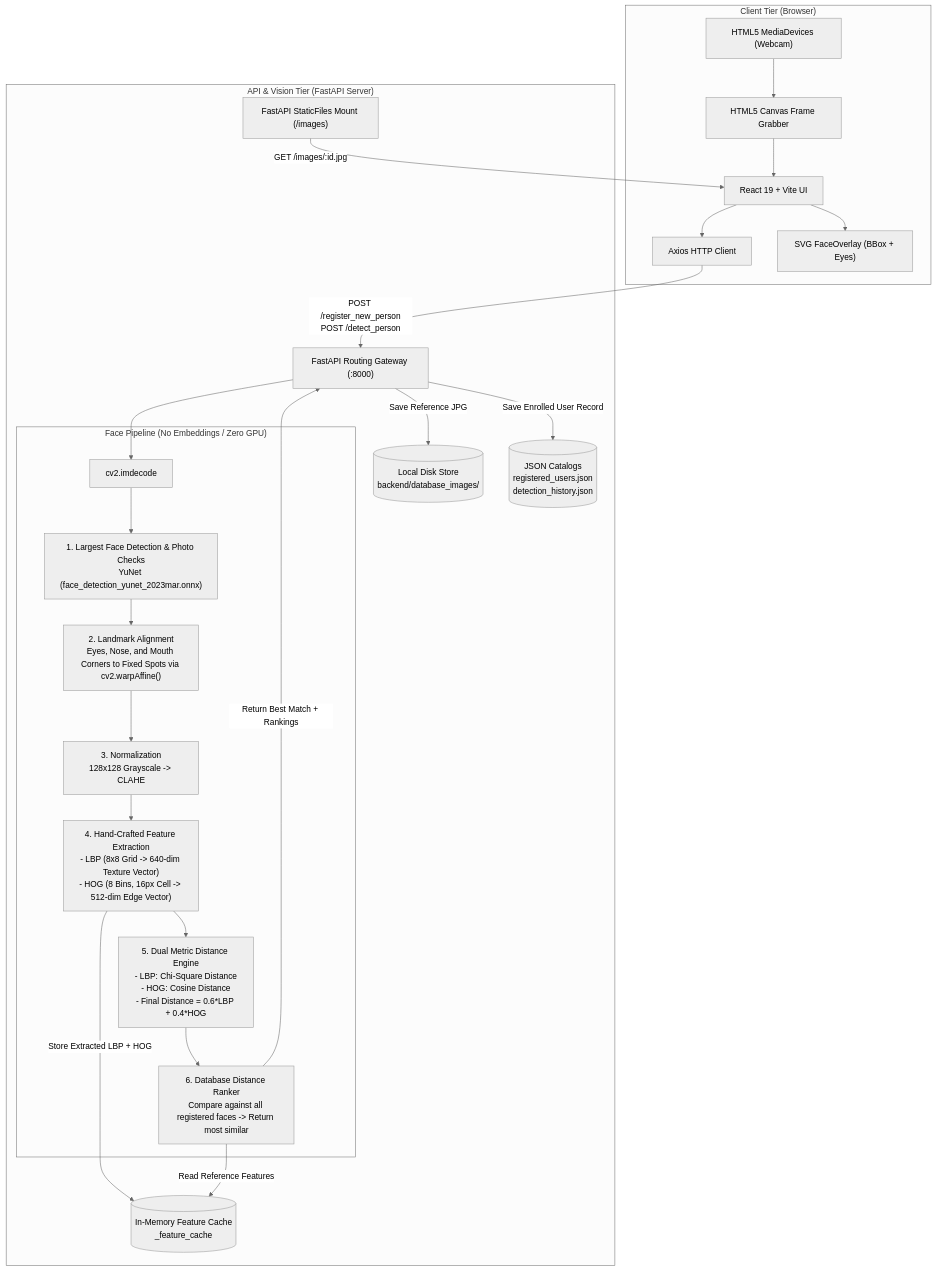
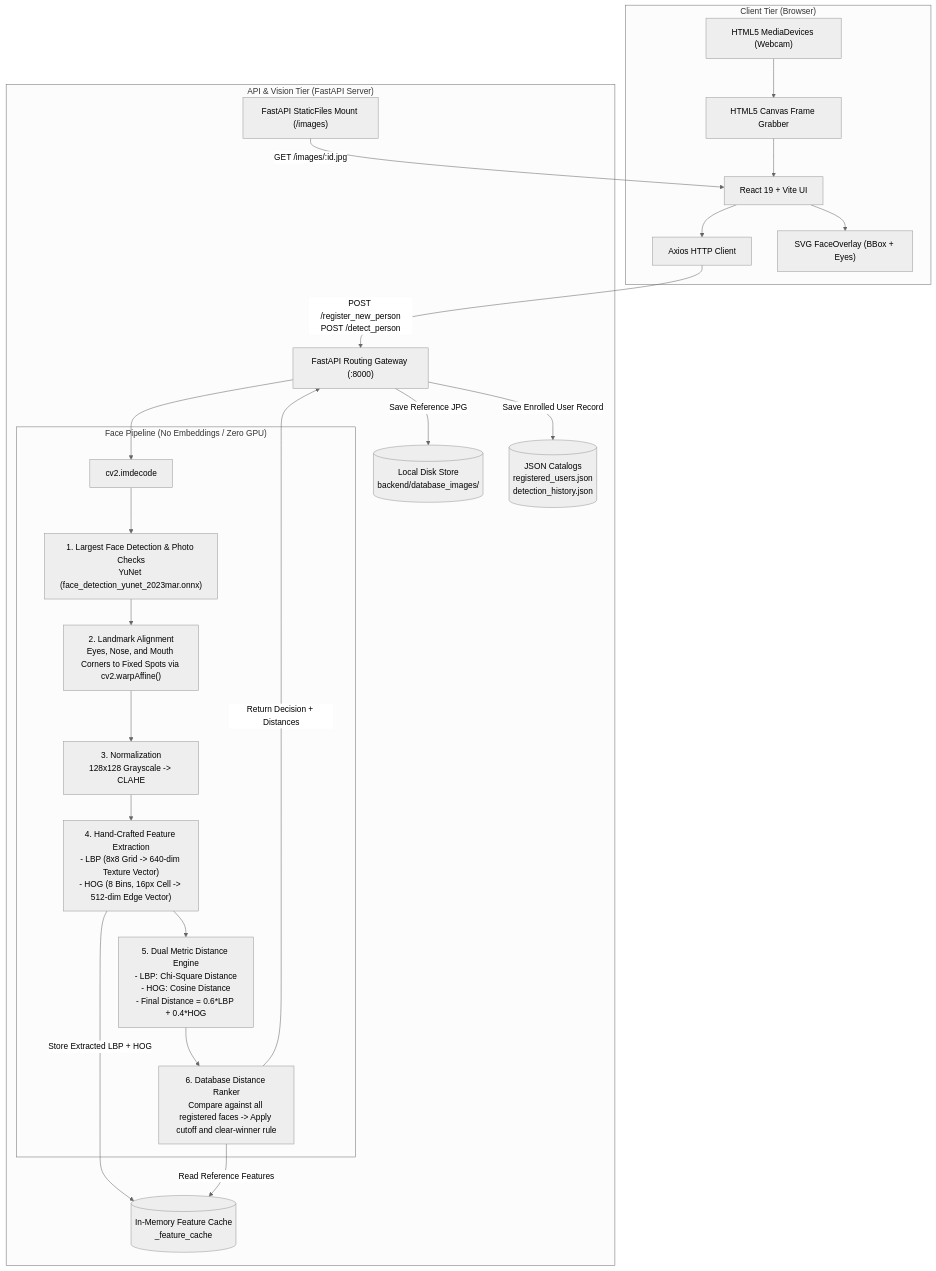
One commit to Mit-007/face_recognition_POC changed the diagram in architecture.md. Above: the diagram before and after it, drawn with Mermaid (neutral theme). The commit also changed other lines of this file and 11 other files, not shown here.

````diff
--- a/architecture.md
+++ b/architecture.md
@@ -11,46 +11,46 @@
 ```mermaid
 flowchart TD
     subgraph Client["Client Tier (Browser)"]
         UI["React 19 + Vite UI"]
         Cam["HTML5 MediaDevices (Webcam)"]
         Canvas["HTML5 Canvas Frame Grabber"]
         Axios["Axios HTTP Client"]
         Overlay["SVG FaceOverlay (BBox + Eyes)"]
         
         Cam --> Canvas --> UI
         UI --> Overlay
         UI --> Axios
     end
 
     subgraph Backend["API & Vision Tier (FastAPI Server)"]
         API["FastAPI Routing Gateway (:8000)"]
         Static["FastAPI StaticFiles Mount (/images)"]
         
         subgraph Classical_CV["Face Pipeline (No Embeddings / Zero GPU)"]
             Decode["cv2.imdecode"]
             FaceDetect["1. Largest Face Detection & Photo Checks\nYuNet (face_detection_yunet_2023mar.onnx)"]
             LandmarkAlign["2. Landmark Alignment\nEyes, Nose, and Mouth Corners to Fixed Spots via cv2.warpAffine()"]
             Normalize["3. Normalization\n128x128 Grayscale -> CLAHE"]
             FeatExtract["4. Hand-Crafted Feature Extraction\n- LBP (8x8 Grid -> 640-dim Texture Vector)\n- HOG (8 Bins, 16px Cell -> 512-dim Edge Vector)"]
             Distance["5. Dual Metric Distance Engine\n- LBP: Chi-Square Distance\n- HOG: Cosine Distance\n- Final Distance = 0.6*LBP + 0.4*HOG"]
-            Ranker["6. Database Distance Ranker\nCompare against all registered faces -> Return most similar"]
+            Ranker["6. Database Distance Ranker\nCompare against all registered faces -> Apply cutoff and clear-winner rule"]
         end
         
         DiskStore[("Local Disk Store\nbackend/database_images/")]
         JSONStore[("JSON Catalogs\nregistered_users.json\ndetection_history.json")]
         MemCache[("In-Memory Feature Cache\n_feature_cache")]
     end
 
     Axios -->|POST /register_new_person\nPOST /detect_person| API
     Static -->|GET /images/:id.jpg| UI
     
     API --> Decode --> FaceDetect --> LandmarkAlign --> Normalize --> FeatExtract
     
     API -->|Save Reference JPG| DiskStore
     API -->|Save Enrolled User Record| JSONStore
     FeatExtract -->|Store Extracted LBP + HOG| MemCache
     
     FeatExtract --> Distance --> Ranker
     Ranker -->|Read Reference Features| MemCache
-    Ranker -->|Return Best Match + Rankings| API
+    Ranker -->|Return Decision + Distances| API
 ```
````
